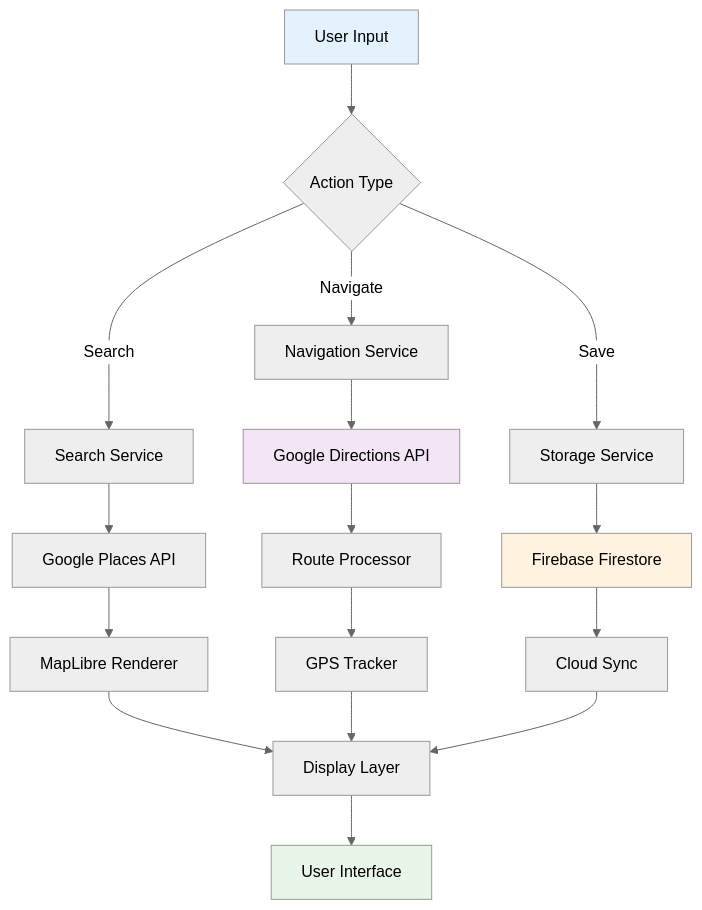
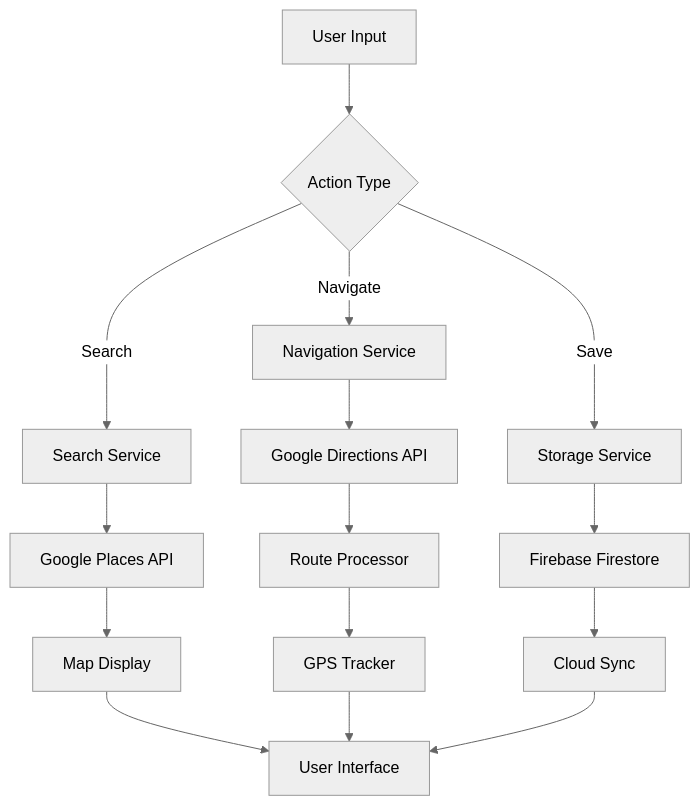
One commit to neutron420/NavigateU changed the fourth of 4 diagrams in README.md. Above: the diagram before and after it, drawn with Mermaid (neutral theme). The commit also changed other lines of this file, not shown here.

````diff
--- a/README.md
+++ b/README.md
@@ -421,29 +373,17 @@
 ```mermaid
-flowchart TD
+graph TD
     A[User Input] --> B{Action Type}
-    
     B -->|Search| C[Search Service]
     B -->|Navigate| D[Navigation Service]
     B -->|Save| E[Storage Service]
-    
     C --> F[Google Places API]
-    F --> G[MapLibre Renderer]
-    
+    F --> G[Map Display]
     D --> H[Google Directions API]
     H --> I[Route Processor]
     I --> J[GPS Tracker]
-    
     E --> K[Firebase Firestore]
     K --> L[Cloud Sync]
-    
-    G --> M[Display Layer]
+    G --> M[User Interface]
     J --> M
     L --> M
-    
-    M --> N[User Interface]
-    
-    style A fill:#E3F2FD
-    style N fill:#E8F5E9
-    style K fill:#FFF3E0
-    style H fill:#F3E5F5
 ```
````
